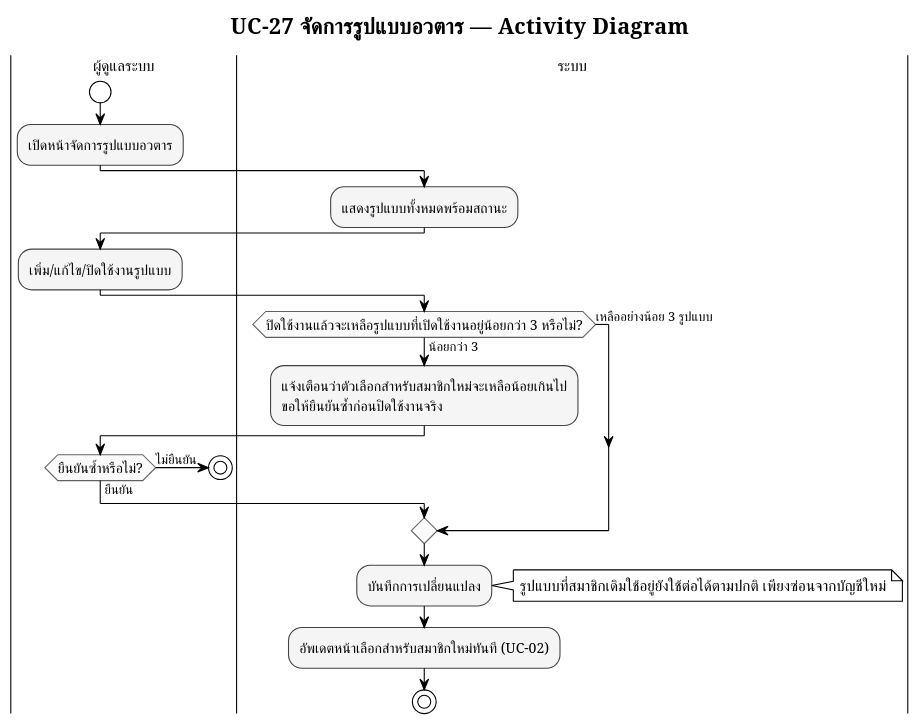
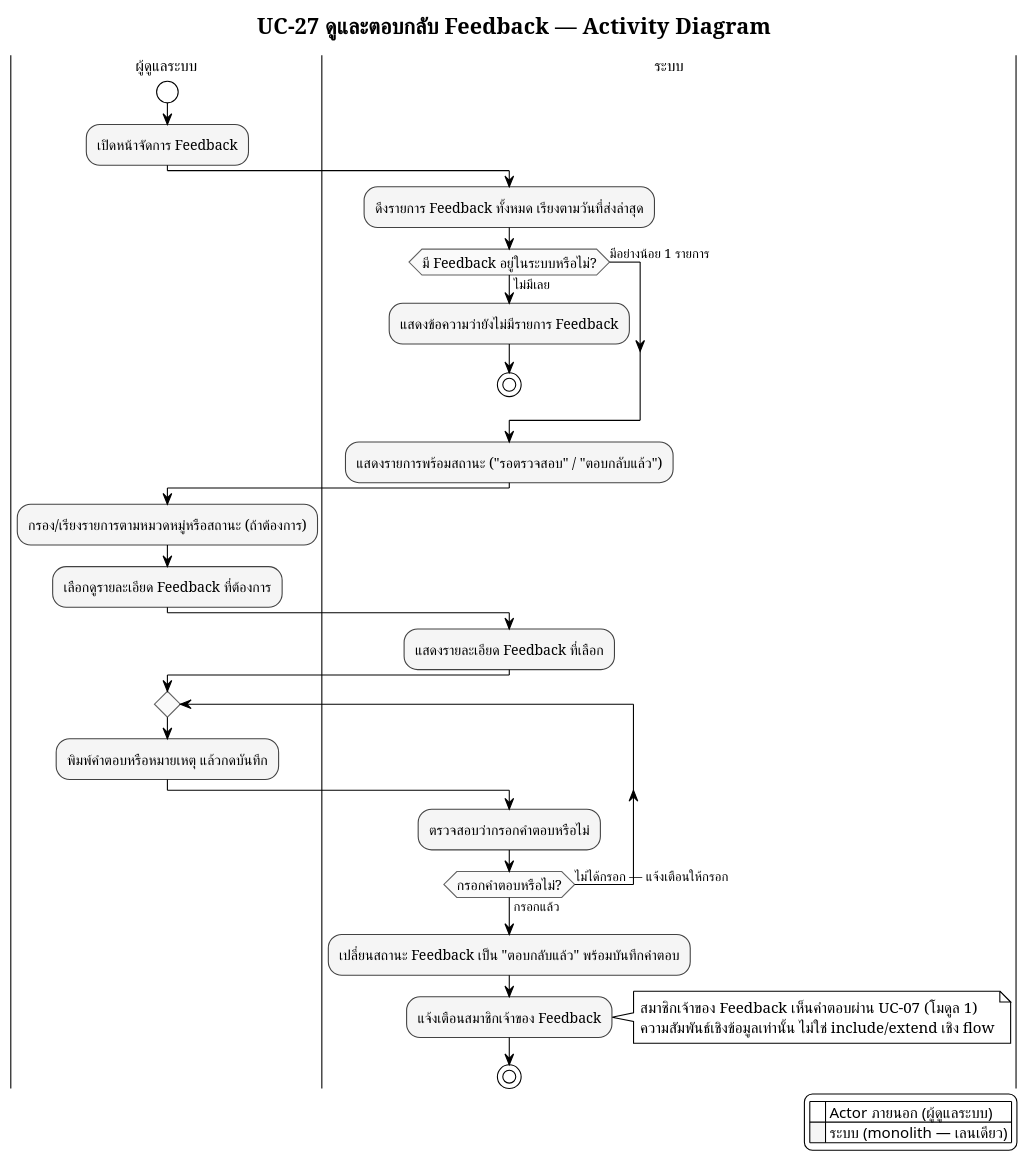
One commit to popotaroman-cloud/dssiprj-pad changed the diagram in proposal/usecase/activity_module7_uc27.puml. Above: the diagram before and after it, drawn with PlantUML. The commit also changed 55 other files, not shown here.

Commit message:
เหลือเช็ค activity , ui , mockup

```diff
--- a/proposal/usecase/activity_module7_uc27.puml
+++ b/proposal/usecase/activity_module7_uc27.puml
@@ -1,54 +1,81 @@
-@startuml M7_activity_จัดการรูปแบบอวตาร
+@startuml M7_activity_ดูและตอบกลับFeedback
+' ══════════════════════════════════════════════════════════════════
+' รองรับภาษาไทย — อ่านก่อน render:
+' 1. บันทึกไฟล์นี้เป็น UTF-8 (ไม่ต้องมี BOM) เสมอ
+' 2. ถ้า render ผ่าน CLI (plantuml.jar) ต้องระบุ flag encoding ด้วย:
+'      java -Dfile.encoding=UTF-8 -jar plantuml.jar -charset UTF-8 M7_activity_ดูและตอบกลับFeedback.puml
+' 3. บังคับใช้ Smetana (pure-Java layout engine) แทน Graphviz/dot
+'    เพราะ Graphviz บางระบบ (โดยเฉพาะ Windows) อ่าน UTF-8 ไม่ตรง ทำให้ตัวอักษรไทยเพี้ยน/หาย
 !pragma layout smetana
+' 4. ฟอนต์ที่มีสระ/วรรณยุกต์ไทยครบและ render ผ่าน Java ได้เสถียร
+'    - Windows: "TH Sarabun New" (ฟอนต์มาตรฐานราชการ) หรือ "Tahoma" (มากับเครื่องอยู่แล้ว)
+'    - Linux / PlantUML online server: เปลี่ยนเป็น "Noto Sans Thai" หรือ "Loma"
 skinparam defaultFontName "TH Sarabun New"
 skinparam defaultFontSize 14
+' ══════════════════════════════════════════════════════════════════
 
 !theme plain
 skinparam titleFontName "TH Sarabun New"
 skinparam titleFontSize 20
 skinparam noteFontName "TH Sarabun New"
 skinparam ArrowFontName "TH Sarabun New"
 skinparam ArrowFontSize 12
 skinparam swimlaneTitleFontName "TH Sarabun New"
 skinparam swimlaneTitleFontSize 14
 
+' ===== Monochrome เท่านั้น — ไม่มี partition ไหนสีต่างจากที่อื่น =====
 skinparam activity {
   BackgroundColor #F5F5F5
   BorderColor #424242
   FontName "TH Sarabun New"
   FontSize 13
   DiamondBackgroundColor #FAFAFA
   DiamondBorderColor #616161
 }
 
-title UC-27 จัดการรูปแบบอวตาร — Activity Diagram
+title UC-27 ดูและตอบกลับ Feedback — Activity Diagram
 
 |ผู้ดูแลระบบ|
 start
-:เปิดหน้าจัดการรูปแบบอวตาร;
+:เปิดหน้าจัดการ Feedback;
 
 |ระบบ|
-:แสดงรูปแบบทั้งหมดพร้อมสถานะ;
+:ดึงรายการ Feedback ทั้งหมด เรียงตามวันที่ส่งล่าสุด;
+
+if (มี Feedback อยู่ในระบบหรือไม่?) then (ไม่มีเลย)
+  :แสดงข้อความว่ายังไม่มีรายการ Feedback;
+  stop
+else (มีอย่างน้อย 1 รายการ)
+endif
+
+:แสดงรายการพร้อมสถานะ ("รอตรวจสอบ" / "ตอบกลับแล้ว");
 
 |ผู้ดูแลระบบ|
-:เพิ่ม/แก้ไข/ปิดใช้งานรูปแบบ;
+:กรอง/เรียงรายการตามหมวดหมู่หรือสถานะ (ถ้าต้องการ);
+:เลือกดูรายละเอียด Feedback ที่ต้องการ;
 
 |ระบบ|
-if (ปิดใช้งานแล้วจะเหลือรูปแบบที่เปิดใช้งานอยู่น้อยกว่า 3 หรือไม่?) then (น้อยกว่า 3)
-  :แจ้งเตือนว่าตัวเลือกสำหรับสมาชิกใหม่จะเหลือน้อยเกินไป\nขอให้ยืนยันซ้ำก่อนปิดใช้งานจริง;
-  |ผู้ดูแลระบบ|
-  if (ยืนยันซ้ำหรือไม่?) then (ไม่ยืนยัน)
-    stop
-  else (ยืนยัน)
-  endif
+:แสดงรายละเอียด Feedback ที่เลือก;
+
+|ผู้ดูแลระบบ|
+repeat
+  :พิมพ์คำตอบหรือหมายเหตุ แล้วกดบันทึก;
   |ระบบ|
-else (เหลืออย่างน้อย 3 รูปแบบ)
-endif
+  :ตรวจสอบว่ากรอกคำตอบหรือไม่;
+repeat while (กรอกคำตอบหรือไม่?) is (ไม่ได้กรอก — แจ้งเตือนให้กรอก) not (กรอกแล้ว)
 
-:บันทึกการเปลี่ยนแปลง;
-note right: รูปแบบที่สมาชิกเดิมใช้อยู่ยังใช้ต่อได้ตามปกติ เพียงซ่อนจากบัญชีใหม่
-:อัพเดตหน้าเลือกสำหรับสมาชิกใหม่ทันที (UC-02);
+:เปลี่ยนสถานะ Feedback เป็น "ตอบกลับแล้ว" พร้อมบันทึกคำตอบ;
+:แจ้งเตือนสมาชิกเจ้าของ Feedback;
+note right
+  สมาชิกเจ้าของ Feedback เห็นคำตอบผ่าน UC-07 (โมดูล 1)
+  ความสัมพันธ์เชิงข้อมูลเท่านั้น ไม่ใช่ include/extend เชิง flow
+end note
 
 stop
 
+legend right
+  |<back:white>    </back>| Actor ภายนอก (ผู้ดูแลระบบ) |
+  |<back:#F5F5F5>    </back>| ระบบ (monolith — เลนเดียว) |
+endlegend
+
 @enduml
```
